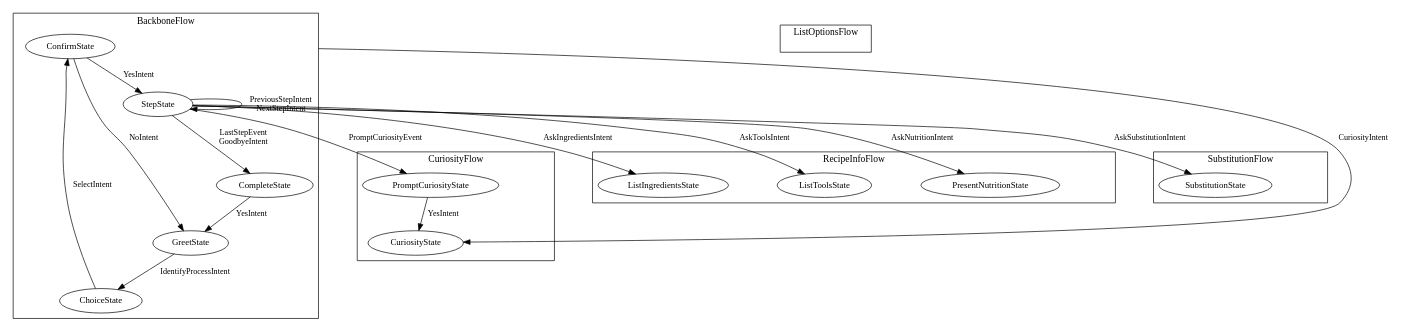
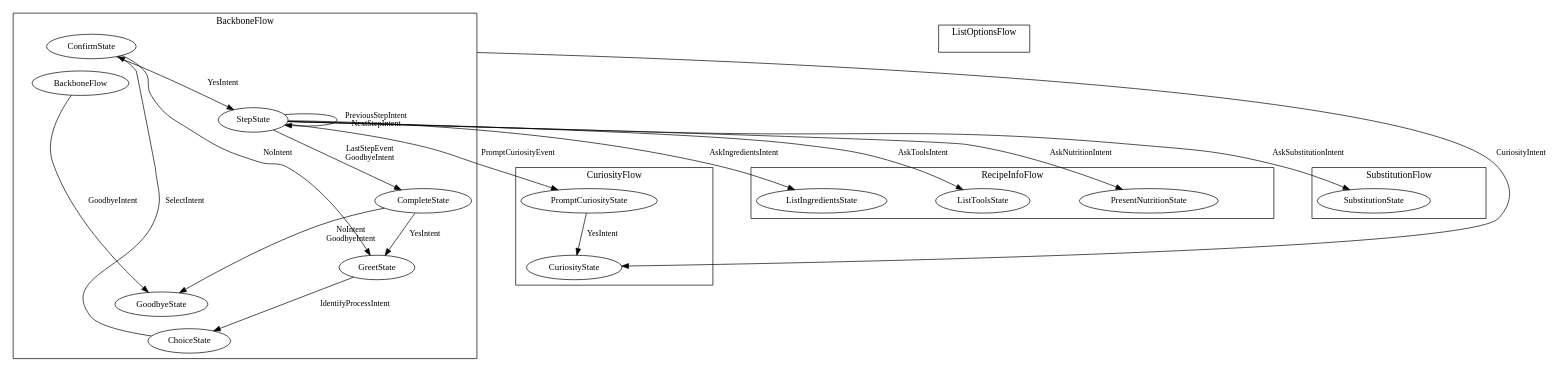
One commit to tjfernandes/MPDW-Project changed the diagram in graph_visualizer/state_machine.dot. Above: the diagram before and after it, drawn with Graphviz. The commit also changed 4 other files, not shown here.

```diff
--- a/graph_visualizer/state_machine.dot
+++ b/graph_visualizer/state_machine.dot
@@ -1,48 +1,50 @@
 digraph {
    compound=true;
    fontsize=14;
    edge[weight=0.3, fontsize=12];
    node[fontsize=13];
    nodesep=1;
    ranksep=0.5;
    BackboneFlowDummyNode[style=invis, width=0, height=0, label=""];
    ListOptionsFlowDummyNode[style=invis, width=0, height=0, label=""];
    CuriosityFlowDummyNode[style=invis, width=0, height=0, label=""];
    RecipeInfoFlowDummyNode[style=invis, width=0, height=0, label=""];
    SubstitutionFlowDummyNode[style=invis, width=0, height=0, label=""];
 
    subgraph cluster_BackboneFlow {
       label = "BackboneFlow";
       BackboneFlowDummyNode;
       ConfirmState -> GreetState [label="NoIntent"];
       CompleteState -> GreetState [label="YesIntent"];
       GreetState -> ChoiceState [label="IdentifyProcessIntent"];
       ConfirmState -> StepState [label="YesIntent"];
       StepState -> StepState [label="PreviousStepIntent\n NextStepIntent"];
       StepState -> CompleteState [label="LastStepEvent\n GoodbyeIntent"];
       ChoiceState -> ConfirmState [label="SelectIntent"];
+      CompleteState -> GoodbyeState [label="NoIntent\n GoodbyeIntent"];
+      BackboneFlow -> GoodbyeState [label="GoodbyeIntent"];
    }
    subgraph cluster_ListOptionsFlow {
       label = "ListOptionsFlow";
       ListOptionsFlowDummyNode;
    }
    subgraph cluster_CuriosityFlow {
       label = "CuriosityFlow";
       CuriosityFlowDummyNode;
       StepState -> PromptCuriosityState [label="PromptCuriosityEvent"];
       PromptCuriosityState -> CuriosityState [label="YesIntent"];
       BackboneFlowDummyNode -> CuriosityState [label="CuriosityIntent", ltail= "cluster_BackboneFlow"];
    }
    subgraph cluster_RecipeInfoFlow {
       label = "RecipeInfoFlow";
       RecipeInfoFlowDummyNode;
       StepState -> ListIngredientsState [label="AskIngredientsIntent"];
       StepState -> ListToolsState [label="AskToolsIntent"];
       StepState -> PresentNutritionState [label="AskNutritionIntent"];
    }
    subgraph cluster_SubstitutionFlow {
       label = "SubstitutionFlow";
       SubstitutionFlowDummyNode;
       StepState -> SubstitutionState [label="AskSubstitutionIntent"];
    }
 }
```
